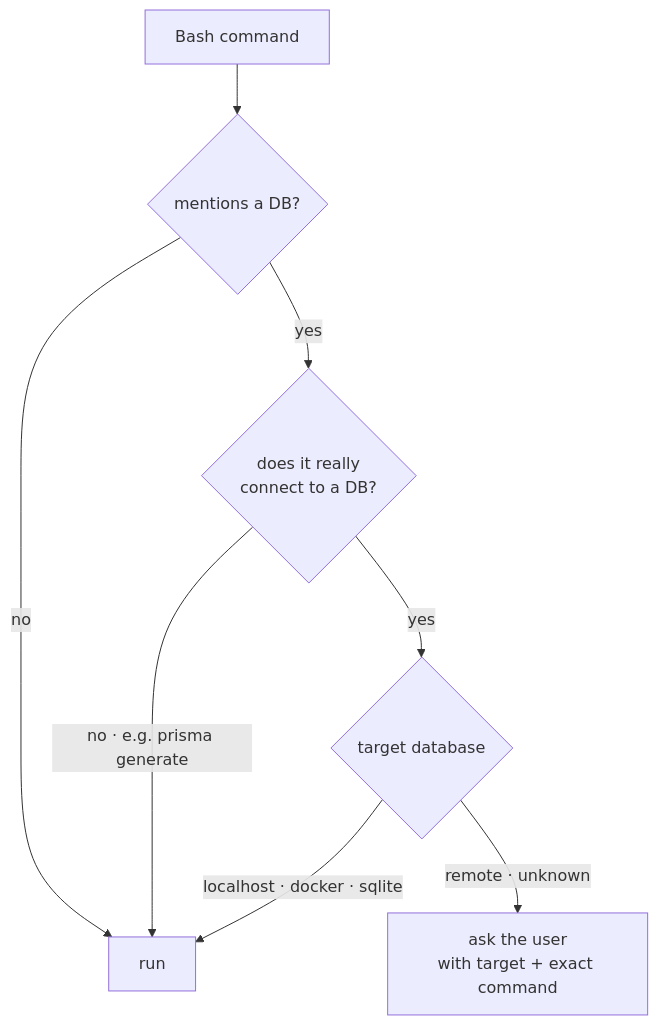
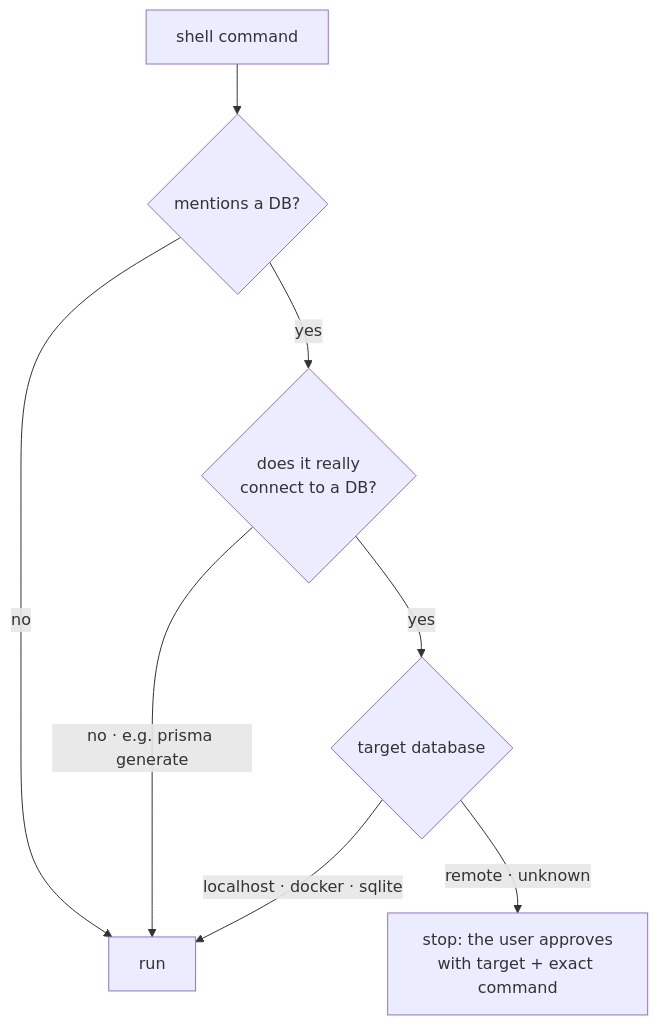
Before and after one commit to Dnowdd/My-AI-Agents-Architecture: the second of 2 diagrams in README.md, drawn with Mermaid. The commit also changed other lines of this file, not shown here.

Commit message:
docs(readme): rename to my ai agents architecture and document codex support

````diff
--- a/README.md
+++ b/README.md
@@ -136,10 +178,10 @@
 ```mermaid
 flowchart TD
-    C[Bash command] --> P{mentions a DB?}
+    C[shell command] --> P{mentions a DB?}
     P -->|no| RUN[run]
     P -->|yes| J{does it really<br/>connect to a DB?}
     J -->|no · e.g. prisma generate| RUN
     J -->|yes| T{target database}
     T -->|localhost · docker · sqlite| RUN
-    T -->|remote · unknown| ASK[ask the user<br/>with target + exact command]
+    T -->|remote · unknown| ASK[stop: the user approves<br/>with target + exact command]
 ```
````
